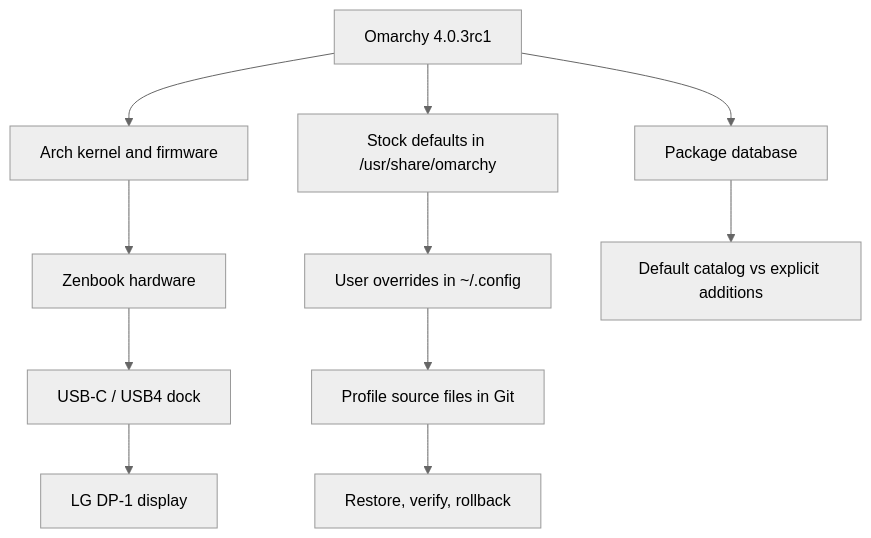
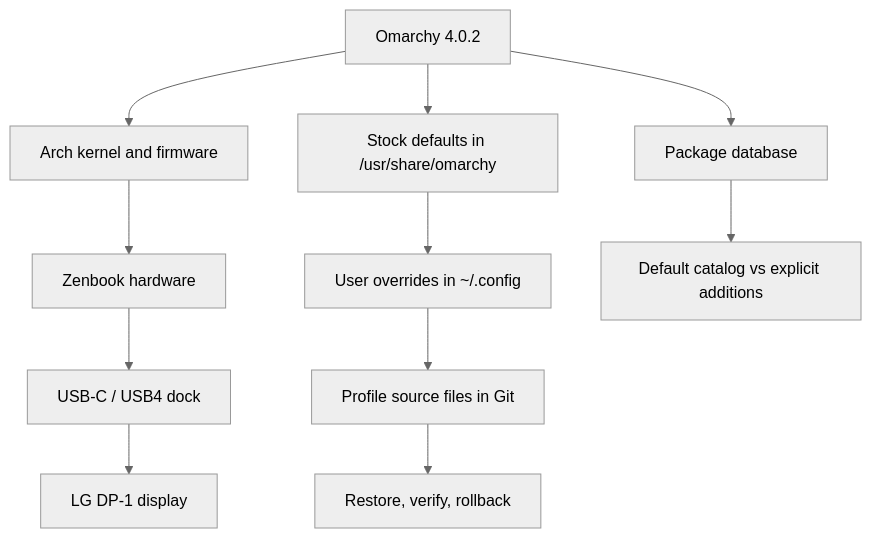
One commit to shubinlab/zenbook-omarchy changed the diagram in wiki/README.md. Above: the diagram before and after it, drawn with Mermaid (neutral theme). The commit also changed other lines of this file and 12 other files, not shown here.

````diff
--- a/wiki/README.md
+++ b/wiki/README.md
@@ -9,13 +9,13 @@
 ```mermaid
 flowchart TD
-  A[Omarchy 4.0.3rc1] --> B[Arch kernel and firmware]
+  A[Omarchy 4.0.2] --> B[Arch kernel and firmware]
   B --> C[Zenbook hardware]
   C --> D[USB-C / USB4 dock]
   D --> E[LG DP-1 display]
   A --> F[Stock defaults in /usr/share/omarchy]
   F --> G[User overrides in ~/.config]
   G --> H[Profile source files in Git]
   H --> I[Restore, verify, rollback]
   A --> J[Package database]
   J --> K[Default catalog vs explicit additions]
 ```
````
